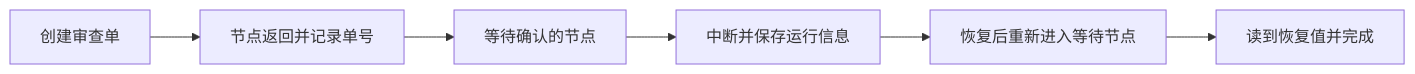
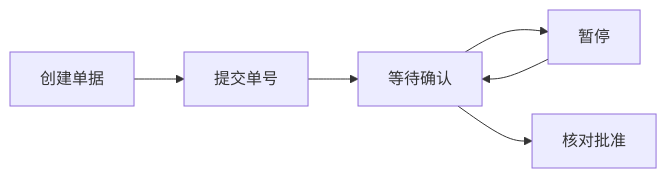
Before and after one commit to Mar-garet/agent-book: the first of 2 diagrams in book/14-resume-and-side-effects.md, drawn with Mermaid. The commit also changed other lines of this file and 47 other files, not shown here.

````diff
--- a/book/14-resume-and-side-effects.md
+++ b/book/14-resume-and-side-effects.md
@@ -44,9 +37,9 @@
 ```mermaid
-%% 创建与等待拆成两个节点后的交付边界
+%% 把创建结果交付后，再进入可重入等待
 flowchart LR
-    A[创建审查单] --> B[节点返回并记录单号]
-    B --> C[等待确认的节点]
-    C --> D[中断并保存运行信息]
-    D --> E[恢复后重新进入等待节点]
-    E --> F[读到恢复值并完成]
+    A[创建单据] --> B[提交单号]
+    B --> C[等待确认]
+    C --> D[暂停]
+    D --> C
+    C --> E[核对批准]
 ```
````
